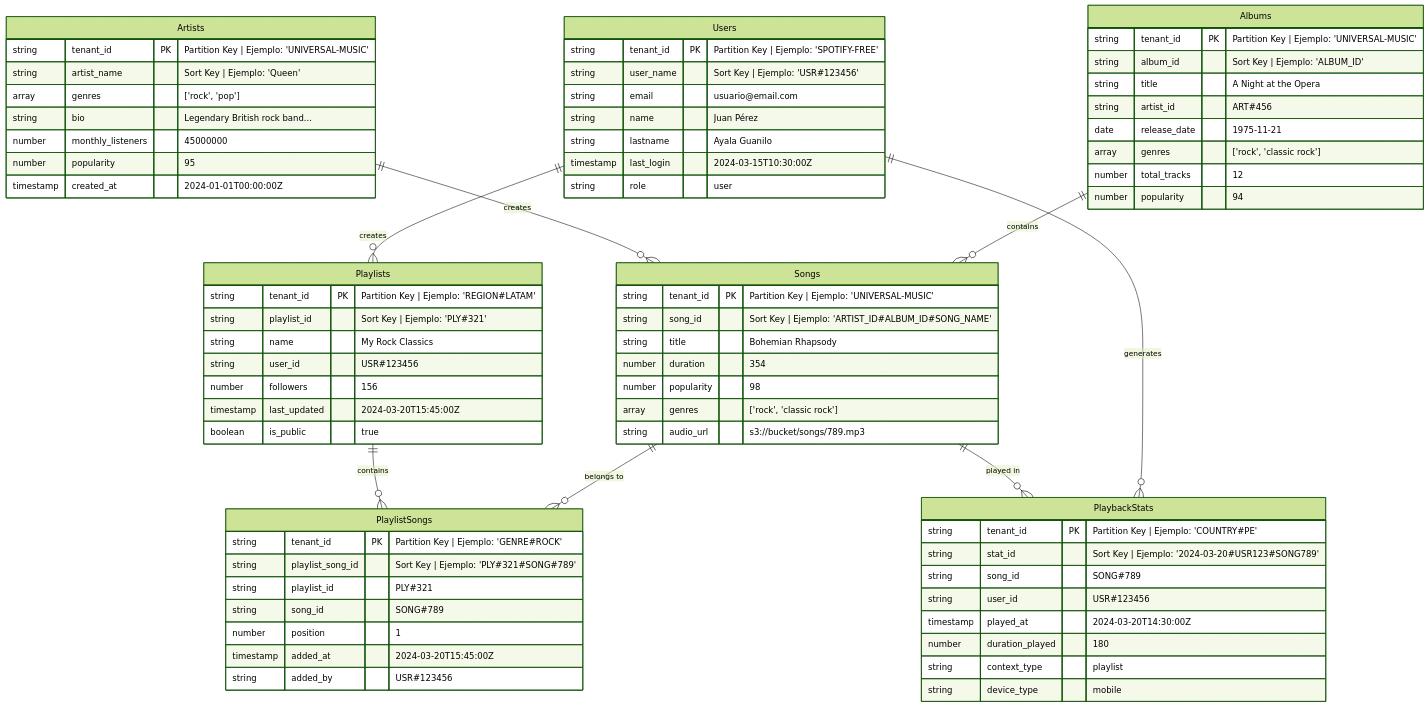
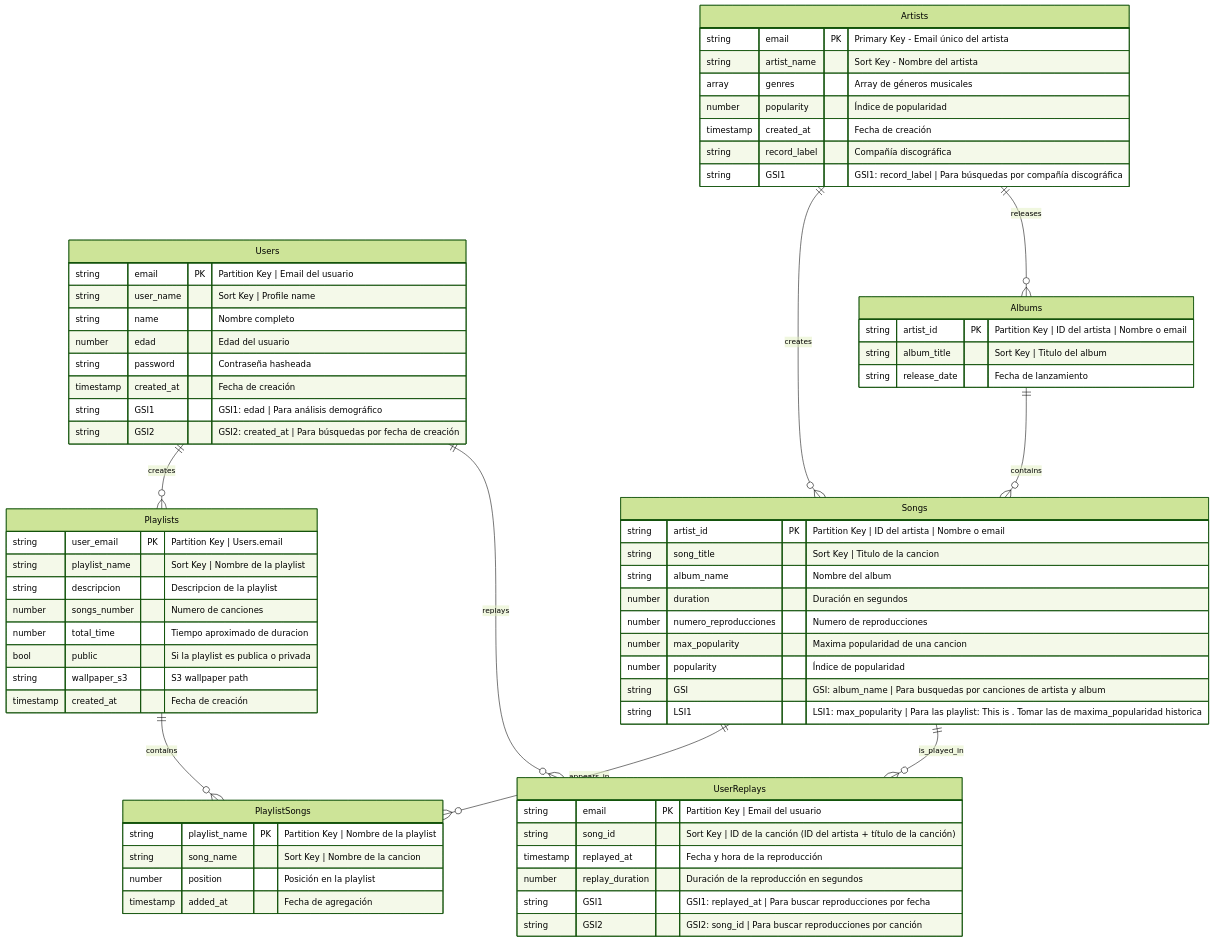
The second of 2 diagrams in prompts.md (jeremy-jmc/cloud-computing-final-project), drawn with Mermaid (forest theme) before and after one commit. The commit also changed other lines of this file, not shown here.

Commit message:
2nd iteration

````diff
--- a/prompts.md
+++ b/prompts.md
@@ -195,82 +210,79 @@
 ```mermaid
 erDiagram
     Users {
-        string tenant_id PK "Partition Key | Ejemplo: 'SPOTIFY-FREE'"
-        string user_name "Sort Key | Ejemplo: 'USR#123456'"
-        string email "usuario@email.com"
-        string name "Juan Pérez"
-        string lastname "Ayala Guanilo"
-        timestamp last_login "2024-03-15T10:30:00Z"
-        string role "user"
+        string email PK "Partition Key | Email del usuario"
+        string user_name "Sort Key | Profile name"
+        string name "Nombre completo"
+        number edad "Edad del usuario"
+        string password "Contraseña hasheada"
+        timestamp created_at "Fecha de creación"
+        string GSI1 "GSI1: edad | Para análisis demográfico"
+        string GSI2 "GSI2: created_at | Para búsquedas por fecha de creación"
+    }
+
+    Artists {
+        string email PK "Primary Key - Email único del artista"
+        string artist_name "Sort Key - Nombre del artista"
+        array genres "Array de géneros musicales"
+        number popularity "Índice de popularidad"
+        timestamp created_at "Fecha de creación"
+        string record_label "Compañía discográfica"
+        string GSI1 "GSI1: record_label | Para búsquedas por compañía discográfica"
+    }
+
+    Playlists {
+        string user_email PK "Partition Key | Users.email"
+        string playlist_name "Sort Key | Nombre de la playlist"
+        string descripcion "Descripcion de la playlist"
+        number songs_number "Numero de canciones"
+        number total_time "Tiempo aproximado de duracion"
+        bool public "Si la playlist es publica o privada"
+        string wallpaper_s3 "S3 wallpaper path"
+        timestamp created_at "Fecha de creación"
     }
 
     Songs {
-        string tenant_id PK "Partition Key | Ejemplo: 'UNIVERSAL-MUSIC'"
-        string song_id "Sort Key | Ejemplo: 'ARTIST_ID#ALBUM_ID#SONG_NAME'"
-        string title "Bohemian Rhapsody"
-        number duration "354"
-        number popularity "98"
-        array genres "['rock', 'classic rock']"
-        string audio_url "s3://bucket/songs/789.mp3"
+        string artist_id PK "Partition Key | ID del artista | Nombre o email"
+        string song_title "Sort Key | Titulo de la cancion"
+        string album_name "Nombre del album"
+        number duration "Duración en segundos"
+        number numero_reproducciones "Numero de reproducciones"
+        number max_popularity "Maxima popularidad de una cancion"
+        number popularity "Índice de popularidad"
+        string GSI "GSI: album_name | Para busquedas por canciones de artista y album"
+        string LSI1 "LSI1: max_popularity | Para las playlist: This is <artista> . Tomar las de maxima_popularidad historica"
     }
 
-    Artists {
-        string tenant_id PK "Partition Key | Ejemplo: 'UNIVERSAL-MUSIC'"
-        string artist_name "Sort Key | Ejemplo: 'Queen'"
-        array genres "['rock', 'pop']"
-        string bio "Legendary British rock band..."
-        number monthly_listeners "45000000"
-        number popularity "95"
-        timestamp created_at "2024-01-01T00:00:00Z"
-    }
-
+    
     Albums {
-        string tenant_id PK "Partition Key | Ejemplo: 'UNIVERSAL-MUSIC'"
-        string album_id "Sort Key | Ejemplo: 'ALBUM_ID'"
-        string title "A Night at the Opera"
-        string artist_id "ART#456"
-        date release_date "1975-11-21"
-        array genres "['rock', 'classic rock']"
-        number total_tracks "12"
-        number popularity "94"
-    }
-
-    Playlists {
-        string tenant_id PK "Partition Key | Ejemplo: 'REGION#LATAM'"
-        string playlist_id "Sort Key | Ejemplo: 'PLY#321'"
-        string name "My Rock Classics"
-        string user_id "USR#123456"
-        number followers "156"
-        timestamp last_updated "2024-03-20T15:45:00Z"
-        boolean is_public "true"
+        string artist_id PK "Partition Key | ID del artista | Nombre o email"
+        string album_title "Sort Key | Titulo del album"
+        string release_date "Fecha de lanzamiento"
     }
 
     PlaylistSongs {
-        string tenant_id PK "Partition Key | Ejemplo: 'GENRE#ROCK'"
-        string playlist_song_id "Sort Key | Ejemplo: 'PLY#321#SONG#789'"
-        string playlist_id "PLY#321"
-        string song_id "SONG#789"
-        number position "1"
-        timestamp added_at "2024-03-20T15:45:00Z"
-        string added_by "USR#123456"
+        string playlist_name PK "Partition Key | Nombre de la playlist"
+        string song_name "Sort Key | Nombre de la cancion"
+        number position "Posición en la playlist"
+        timestamp added_at "Fecha de agregación"
     }
 
-    PlaybackStats {
-        string tenant_id PK "Partition Key | Ejemplo: 'COUNTRY#PE'"
-        string stat_id "Sort Key | Ejemplo: '2024-03-20#USR123#SONG789'"
-        string song_id "SONG#789"
-        string user_id "USR#123456"
-        timestamp played_at "2024-03-20T14:30:00Z"
-        number duration_played "180"
-        string context_type "playlist"
-        string device_type "mobile"
+
+    UserReplays {
+        string email PK "Partition Key | Email del usuario"
+        string song_id "Sort Key | ID de la canción (ID del artista + título de la canción)"
+        timestamp replayed_at "Fecha y hora de la reproducción"
+        number replay_duration "Duración de la reproducción en segundos"
+        string GSI1 "GSI1: replayed_at | Para buscar reproducciones por fecha"
+        string GSI2 "GSI2: song_id | Para buscar reproducciones por canción"
     }
 
+    Artists ||--o{ Songs : "creates"
+    Artists ||--o{ Albums : "releases"
+    Albums ||--o{ Songs : "contains"
     Users ||--o{ Playlists : "creates"
-    Songs ||--o{ PlaybackStats : "played in"
-    Artists ||--o{ Songs : "creates"
-    Albums ||--o{ Songs : "contains"
-    Users ||--o{ PlaybackStats : "generates"
     Playlists ||--o{ PlaylistSongs : "contains"
-    Songs ||--o{ PlaylistSongs : "belongs to"
+    Songs ||--o{ PlaylistSongs : "appears_in"
+    Users ||--o{ UserReplays : "replays"
+    Songs ||--o{ UserReplays : "is_played_in"
 ```
````
